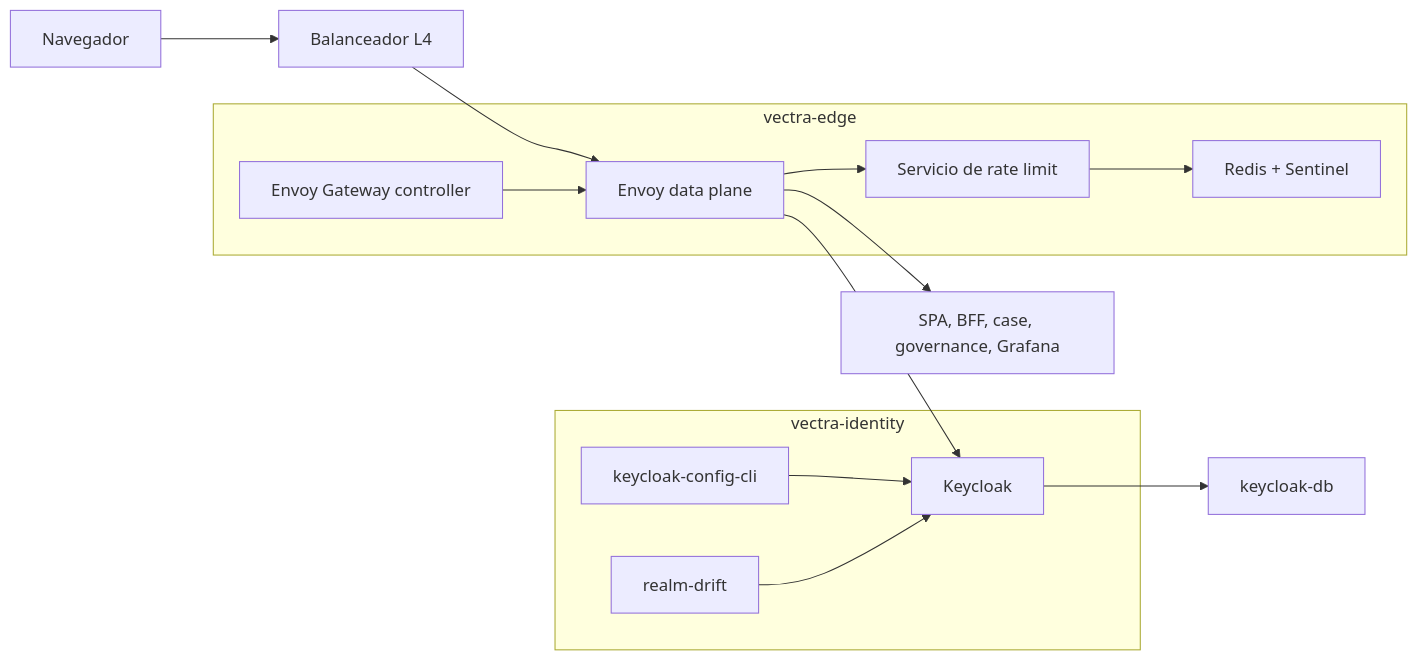
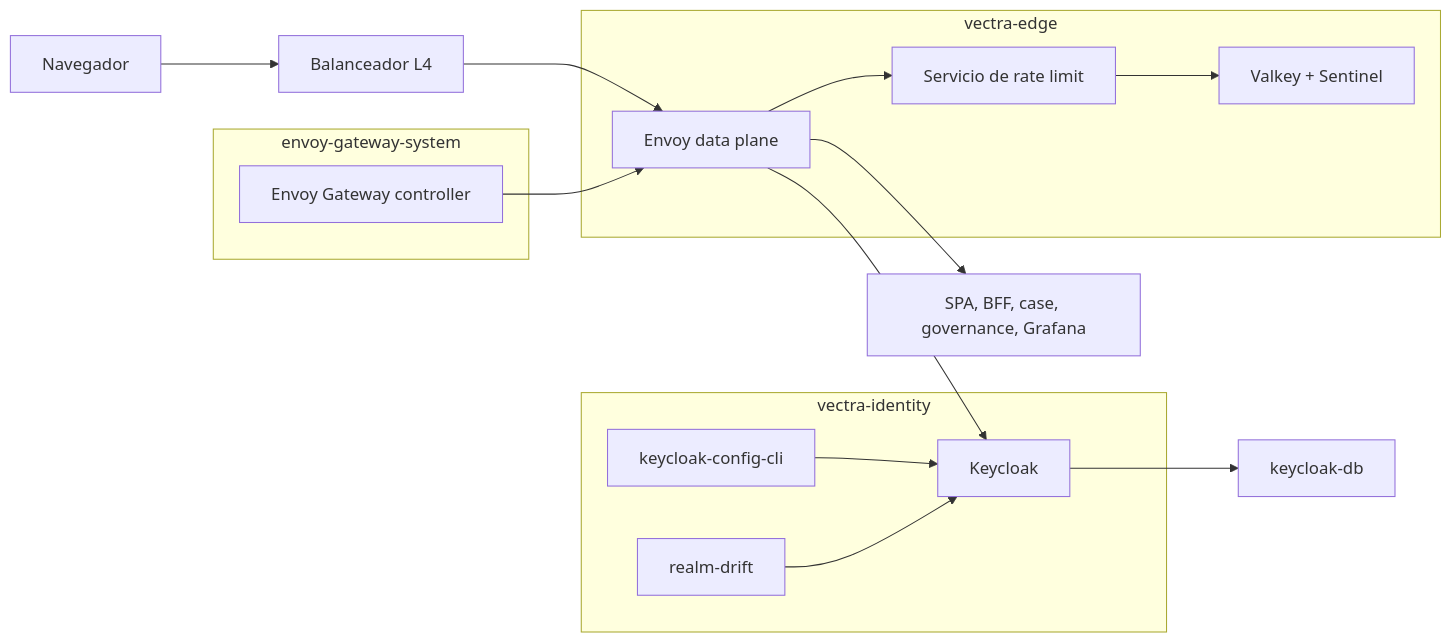
Before and after one commit to jjlloobb/topicos-especiales-credito-de-vivienda: the diagram in vectra-risk/aidlc-docs/construction/identity-edge/nfr-design/logical-components.md, drawn with Mermaid. The commit also changed other lines of this file and 96 other files, not shown here.

````diff
--- a/vectra-risk/aidlc-docs/construction/identity-edge/nfr-design/logical-components.md
+++ b/vectra-risk/aidlc-docs/construction/identity-edge/nfr-design/logical-components.md
@@ -25,29 +25,31 @@
 ```mermaid
 flowchart LR
     browser["Navegador"]
     lb["Balanceador L4"]
+    subgraph egsys["envoy-gateway-system"]
+        egctl["Envoy Gateway controller"]
+    end
     subgraph edge["vectra-edge"]
         envoy["Envoy data plane"]
-        egctl["Envoy Gateway controller"]
         rl["Servicio de rate limit"]
-        redis["Redis + Sentinel"]
+        valkey["Valkey + Sentinel"]
     end
     subgraph identity["vectra-identity"]
         kc["Keycloak"]
         kcc["keycloak-config-cli"]
         drift["realm-drift"]
     end
     kcdb["keycloak-db"]
     backends["SPA, BFF, case, governance, Grafana"]
 
     browser --> lb
     lb --> envoy
     egctl --> envoy
     envoy --> rl
-    rl --> redis
+    rl --> valkey
     envoy --> kc
     envoy --> backends
     kc --> kcdb
     kcc --> kc
     drift --> kc
 ```
````
